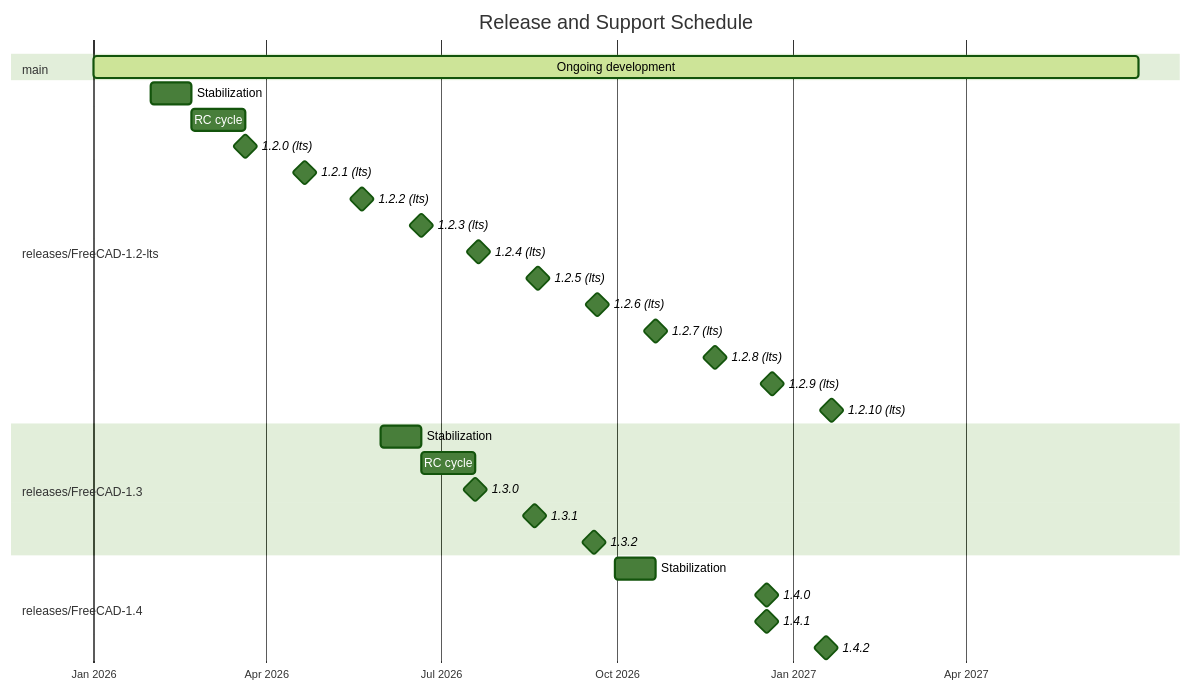
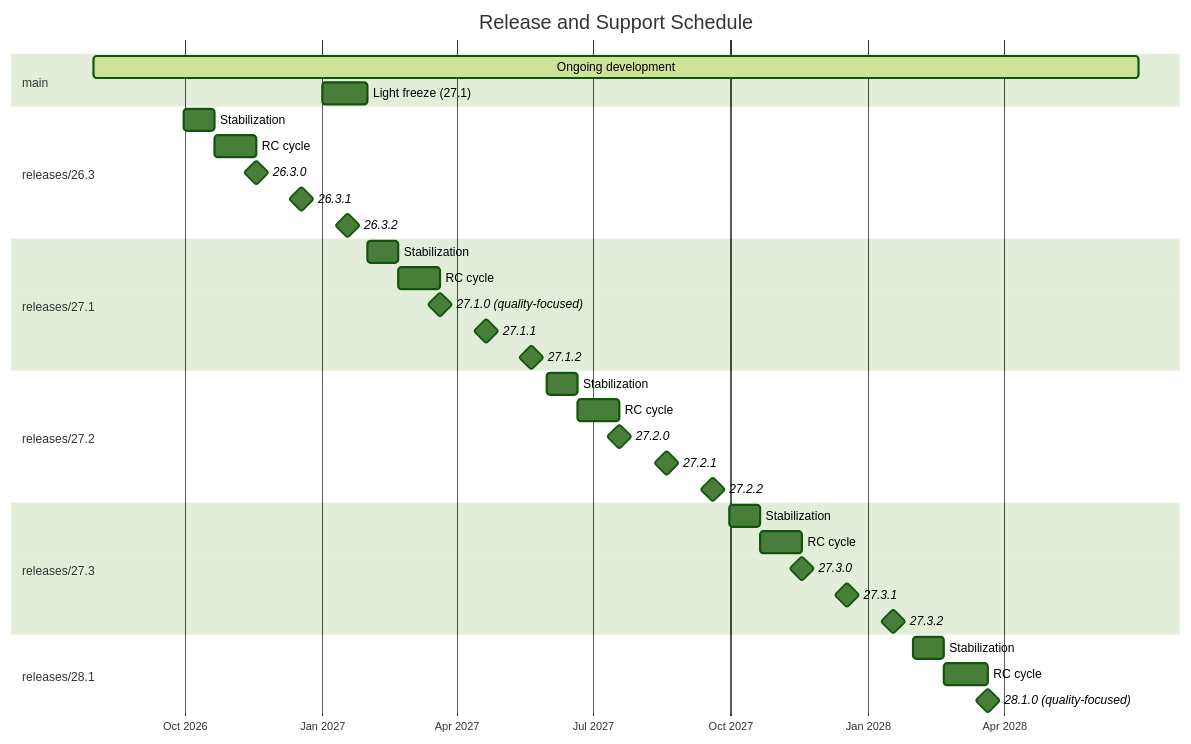
The diagram in FEPs/FEP-0003-release-schedule/README.md (FreeCAD/FreeCAD-Enhancement-Proposals), drawn with Mermaid (forest theme) before and after one commit. The commit also changed other lines of this file and 1 other file, not shown here.

Commit message:
FEP-0003: Change LTS to quality focused release

````diff
--- a/FEPs/FEP-0003-release-schedule/README.md
+++ b/FEPs/FEP-0003-release-schedule/README.md
@@ -107,37 +153,43 @@
 ```mermaid
 gantt
   title Release and Support Schedule
   dateFormat YYYY-MM-DD
   axisFormat %b %Y
 
   section main
-  Ongoing development :active, 2026-01-01, 2027-06-30
+  Ongoing development       :active, 2026-08-01, 2028-06-30
+  Light freeze (27.1)       :2027-01-01, 2027-01-31
 
-  section releases/FreeCAD-1.2-lts
-  Stabilization          :2026-01-31, 2026-02-21
-  RC cycle               :2026-02-21, 2026-03-21
-  1.2.0 (lts)            :milestone, 2026-03-21, 0d
-  1.2.1 (lts)            :milestone, 2026-04-21, 0d
-  1.2.2 (lts)            :milestone, 2026-05-21, 0d
-  1.2.3 (lts)            :milestone, 2026-06-21, 0d
-  1.2.4 (lts)            :milestone, 2026-07-21, 0d
-  1.2.5 (lts)            :milestone, 2026-08-21, 0d
-  1.2.6 (lts)            :milestone, 2026-09-21, 0d
-  1.2.7 (lts)            :milestone, 2026-10-21, 0d
-  1.2.8 (lts)            :milestone, 2026-11-21, 0d
-  1.2.9 (lts)            :milestone, 2026-12-21, 0d
-  1.2.10 (lts)           :milestone, 2027-01-21, 0d
+  section releases/26.3
+  Stabilization             :2026-09-30, 2026-10-21
+  RC cycle                  :2026-10-21, 2026-11-18
+  26.3.0                    :milestone, 2026-11-18, 0d
+  26.3.1                    :milestone, 2026-12-18, 0d
+  26.3.2                    :milestone, 2027-01-18, 0d
 
-  section releases/FreeCAD-1.3
-  Stabilization          :2026-05-31, 2026-06-21
-  RC cycle               :2026-06-21, 2026-07-19
-  1.3.0                  :milestone, 2026-07-19, 0d
-  1.3.1                  :milestone, 2026-08-19, 0d
-  1.3.2                  :milestone, 2026-09-19, 0d
+  section releases/27.1
+  Stabilization             :2027-01-31, 2027-02-21
+  RC cycle                  :2027-02-21, 2027-03-21
+  27.1.0 (quality-focused)  :milestone, 2027-03-21, 0d
+  27.1.1                    :milestone, 2027-04-21, 0d
+  27.1.2                    :milestone, 2027-05-21, 0d
 
-  section releases/FreeCAD-1.4
-  Stabilization          :2026-09-30, 2026-10-21
-  1.4.0                  :milestone, 2026-12-18, 0d
-  1.4.1                  :milestone, 2026-12-18, 0d
-  1.4.2                  :milestone, 2027-01-18, 0d
+  section releases/27.2
+  Stabilization             :2027-05-31, 2027-06-21
+  RC cycle                  :2027-06-21, 2027-07-19
+  27.2.0                    :milestone, 2027-07-19, 0d
+  27.2.1                    :milestone, 2027-08-19, 0d
+  27.2.2                    :milestone, 2027-09-19, 0d
+
+  section releases/27.3
+  Stabilization             :2027-09-30, 2027-10-21
+  RC cycle                  :2027-10-21, 2027-11-18
+  27.3.0                    :milestone, 2027-11-18, 0d
+  27.3.1                    :milestone, 2027-12-18, 0d
+  27.3.2                    :milestone, 2028-01-18, 0d
+
+  section releases/28.1
+  Stabilization             :2028-01-31, 2028-02-21
+  RC cycle                  :2028-02-21, 2028-03-21
+  28.1.0 (quality-focused)  :milestone, 2028-03-21, 0d
 ```
````
